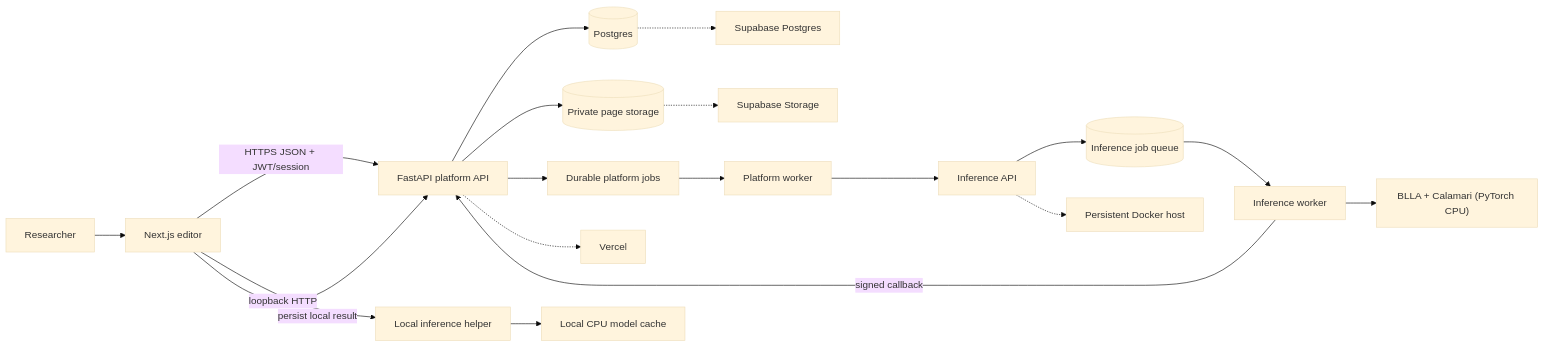
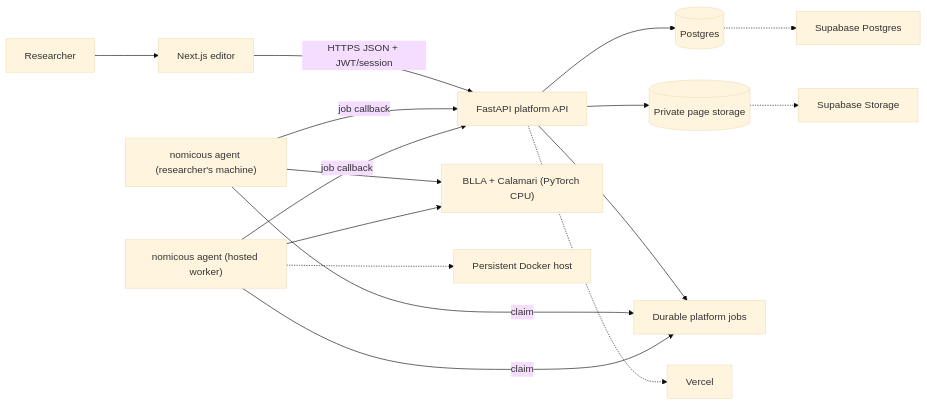
One commit to kkkamur07/greekOCR changed the first of 4 diagrams in docs/architecture.md. Above: the diagram before and after it, drawn with Mermaid (base theme). The commit also changed other lines of this file and 12 other files, not shown here.

````diff
--- a/docs/architecture.md
+++ b/docs/architecture.md
@@ -9,21 +9,18 @@
 ```mermaid
 flowchart LR
     Researcher["Researcher"] --> Browser["Next.js editor"]
     Browser -->|"HTTPS JSON + JWT/session"| API["FastAPI platform API"]
     API --> DB[("Postgres")]
     API --> Storage[("Private page storage")]
     API --> Jobs["Durable platform jobs"]
-    Jobs --> PlatformWorker["Platform worker"]
-    PlatformWorker --> InferenceAPI["Inference API"]
-    InferenceAPI --> InferenceJobs[("Inference job queue")]
-    InferenceJobs --> InferenceWorker["Inference worker"]
-    InferenceWorker --> Models["BLLA + Calamari (PyTorch CPU)"]
-    InferenceWorker -->|"signed callback"| API
-    Browser -->|"loopback HTTP"| Helper["Local inference helper"]
-    Helper --> LocalModels["Local CPU model cache"]
-    Browser -->|"persist local result"| API
+    LocalAgent["nomicous agent (researcher's machine)"] -->|"claim"| Jobs
+    HostedAgent["nomicous agent (hosted worker)"] -->|"claim"| Jobs
+    LocalAgent --> Models["BLLA + Calamari (PyTorch CPU)"]
+    HostedAgent --> Models
+    LocalAgent -->|"job callback"| API
+    HostedAgent -->|"job callback"| API
     API -.-> Vercel["Vercel"]
     DB -.-> Supabase["Supabase Postgres"]
     Storage -.-> SupabaseStorage["Supabase Storage"]
-    InferenceAPI -.-> Docker["Persistent Docker host"]
+    HostedAgent -.-> Docker["Persistent Docker host"]
 ```
````
